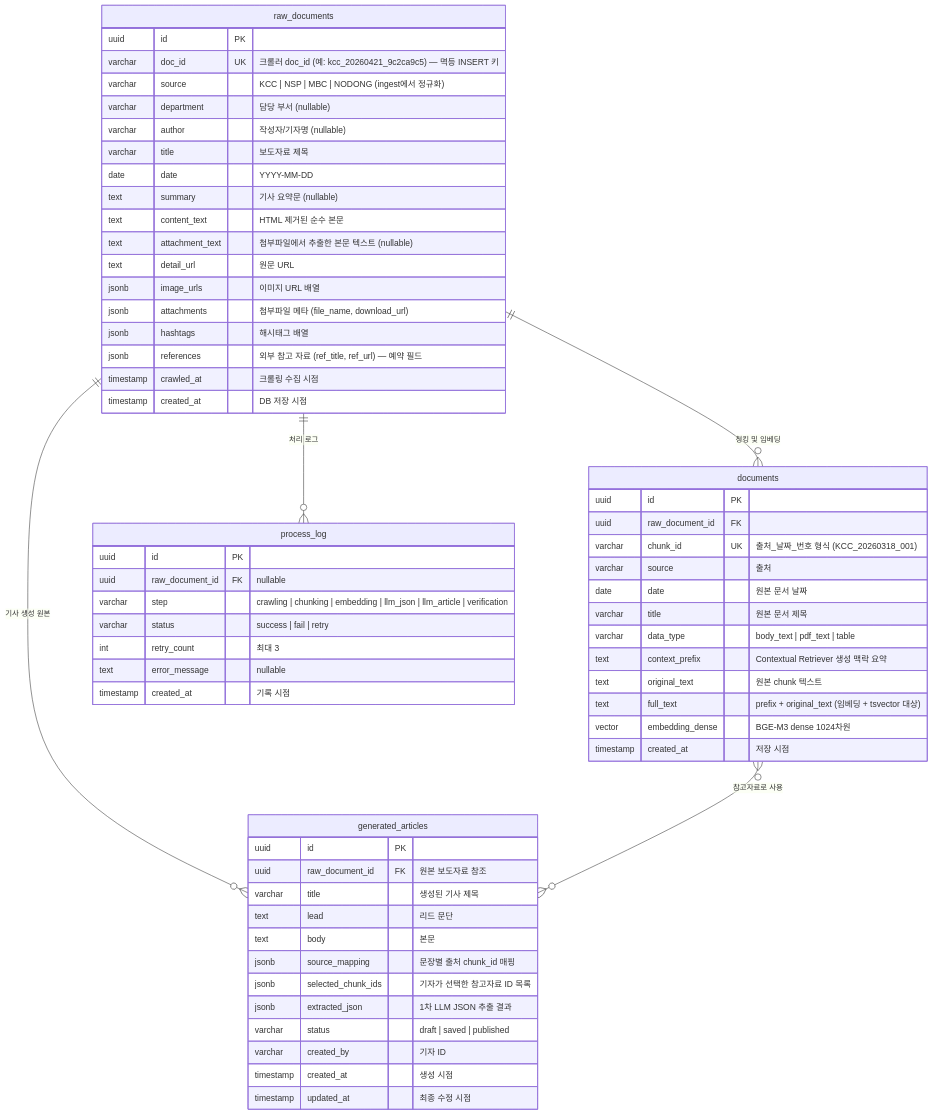
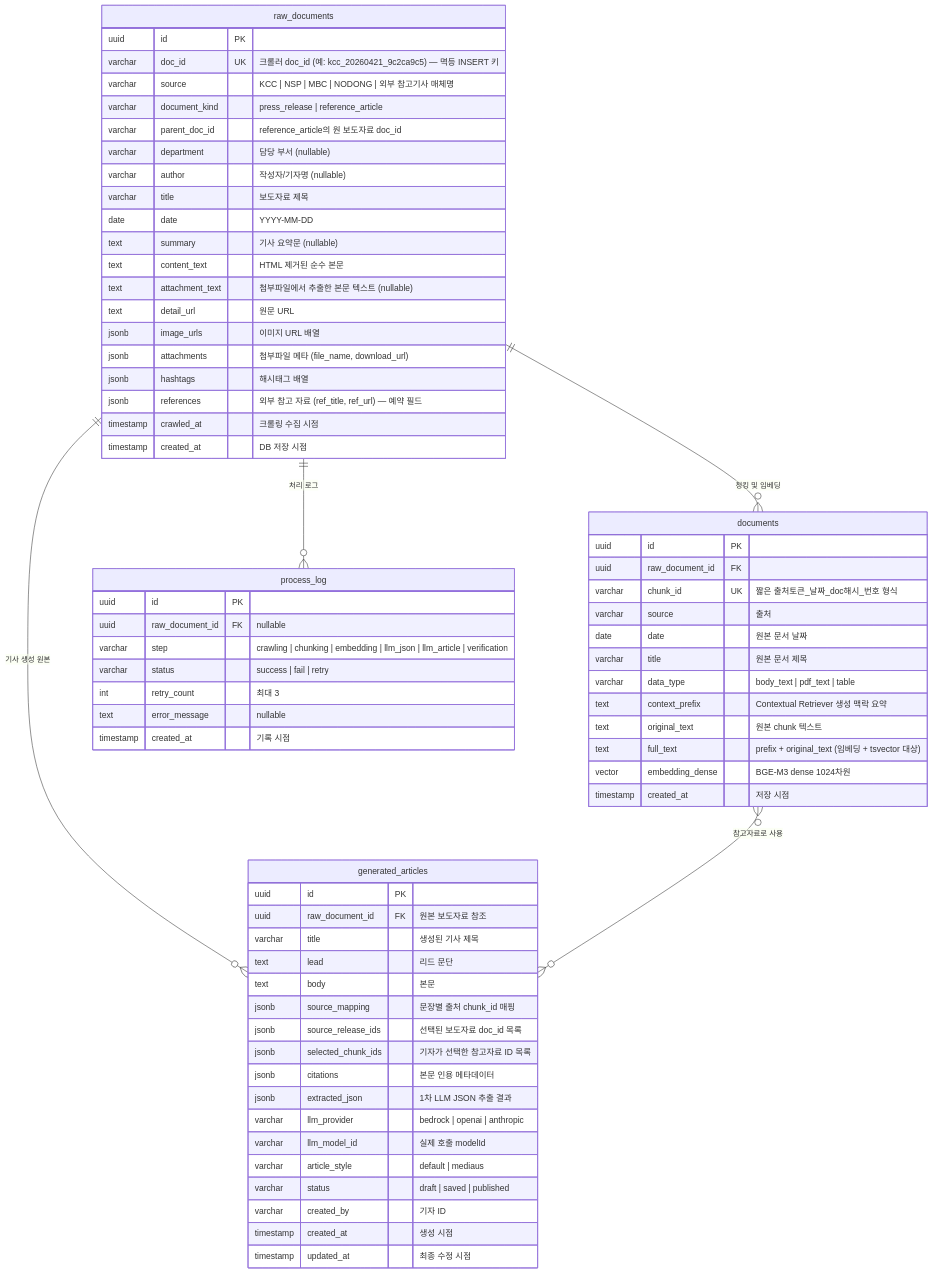
Before and after one commit to 00three/Full-Stack: the diagram in rag/ERD.md, drawn with Mermaid. The commit also changed 43 other files, not shown here.

````diff
--- a/rag/ERD.md
+++ b/rag/ERD.md
@@ -3,67 +3,74 @@
 ```mermaid
 erDiagram
   raw_documents {
     uuid id PK
     varchar doc_id UK "크롤러 doc_id (예: kcc_20260421_9c2ca9c5) — 멱등 INSERT 키"
-    varchar source "KCC | NSP | MBC | NODONG (ingest에서 정규화)"
+    varchar source "KCC | NSP | MBC | NODONG | 외부 참고기사 매체명"
+    varchar document_kind "press_release | reference_article"
+    varchar parent_doc_id "reference_article의 원 보도자료 doc_id"
     varchar department "담당 부서 (nullable)"
     varchar author "작성자/기자명 (nullable)"
     varchar title "보도자료 제목"
     date date "YYYY-MM-DD"
     text summary "기사 요약문 (nullable)"
     text content_text "HTML 제거된 순수 본문"
     text attachment_text "첨부파일에서 추출한 본문 텍스트 (nullable)"
     text detail_url "원문 URL"
     jsonb image_urls "이미지 URL 배열"
     jsonb attachments "첨부파일 메타 (file_name, download_url)"
     jsonb hashtags "해시태그 배열"
     jsonb references "외부 참고 자료 (ref_title, ref_url) — 예약 필드"
     timestamp crawled_at "크롤링 수집 시점"
     timestamp created_at "DB 저장 시점"
   }
 
   documents {
     uuid id PK
     uuid raw_document_id FK
-    varchar chunk_id UK "출처_날짜_번호 형식 (KCC_20260318_001)"
+    varchar chunk_id UK "짧은 출처토큰_날짜_doc해시_번호 형식"
     varchar source "출처"
     date date "원본 문서 날짜"
     varchar title "원본 문서 제목"
     varchar data_type "body_text | pdf_text | table"
     text context_prefix "Contextual Retriever 생성 맥락 요약"
     text original_text "원본 chunk 텍스트"
     text full_text "prefix + original_text (임베딩 + tsvector 대상)"
     vector embedding_dense "BGE-M3 dense 1024차원"
     timestamp created_at "저장 시점"
   }
 
   generated_articles {
     uuid id PK
     uuid raw_document_id FK "원본 보도자료 참조"
     varchar title "생성된 기사 제목"
     text lead "리드 문단"
     text body "본문"
     jsonb source_mapping "문장별 출처 chunk_id 매핑"
+    jsonb source_release_ids "선택된 보도자료 doc_id 목록"
     jsonb selected_chunk_ids "기자가 선택한 참고자료 ID 목록"
+    jsonb citations "본문 인용 메타데이터"
     jsonb extracted_json "1차 LLM JSON 추출 결과"
+    varchar llm_provider "bedrock | openai | anthropic"
+    varchar llm_model_id "실제 호출 modelId"
+    varchar article_style "default | mediaus"
     varchar status "draft | saved | published"
     varchar created_by "기자 ID"
     timestamp created_at "생성 시점"
     timestamp updated_at "최종 수정 시점"
   }
 
   process_log {
     uuid id PK
     uuid raw_document_id FK "nullable"
     varchar step "crawling | chunking | embedding | llm_json | llm_article | verification"
     varchar status "success | fail | retry"
     int retry_count "최대 3"
     text error_message "nullable"
     timestamp created_at "기록 시점"
   }
 
   raw_documents ||--o{ documents : "청킹 및 임베딩"
   raw_documents ||--o{ generated_articles : "기사 생성 원본"
   raw_documents ||--o{ process_log : "처리 로그"
   documents }o--o{ generated_articles : "참고자료로 사용"
 ```
````
